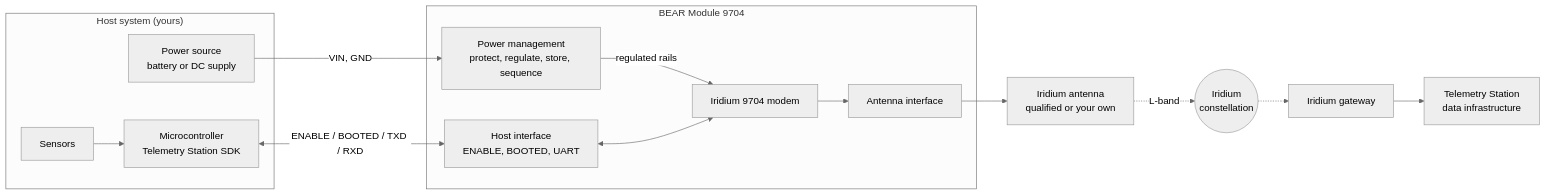
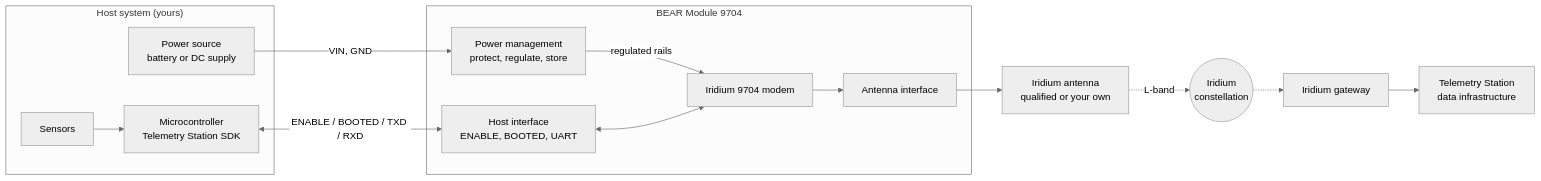
The first of 2 diagrams in BEAR_Module/docs/02_System_Architecture.md (Telemetry-Station/sdk), drawn with Mermaid (neutral theme) before and after one commit. The commit also changed other lines of this file and 25 other files, not shown here.

````diff
--- a/BEAR_Module/docs/02_System_Architecture.md
+++ b/BEAR_Module/docs/02_System_Architecture.md
@@ -9,24 +13,24 @@
 ```mermaid
 flowchart LR
     subgraph HOST["Host system (yours)"]
         SENS[Sensors] --> MCU["Microcontroller<br/>Telemetry Station SDK"]
         SRC["Power source<br/>battery or DC supply"]
     end
 
     subgraph BEAR["BEAR Module 9704"]
-        PM["Power management<br/>protect, regulate, store, sequence"]
+        PM["Power management<br/>protect, regulate, store"]
         HI["Host interface<br/>ENABLE, BOOTED, UART"]
         MOD["Iridium 9704 modem"]
         RF["Antenna interface"]
     end
 
     ANT["Iridium antenna<br/>qualified or your own"]
 
     SRC -->|VIN, GND| PM
     PM -->|regulated rails| MOD
     MCU <-->|ENABLE / BOOTED / TXD / RXD| HI
     HI <--> MOD
     MOD --> RF --> ANT
     ANT -.->|L-band| SAT(("Iridium<br/>constellation"))
     SAT -.-> GW["Iridium gateway"] --> TS["Telemetry Station<br/>data infrastructure"]
 ```
````
